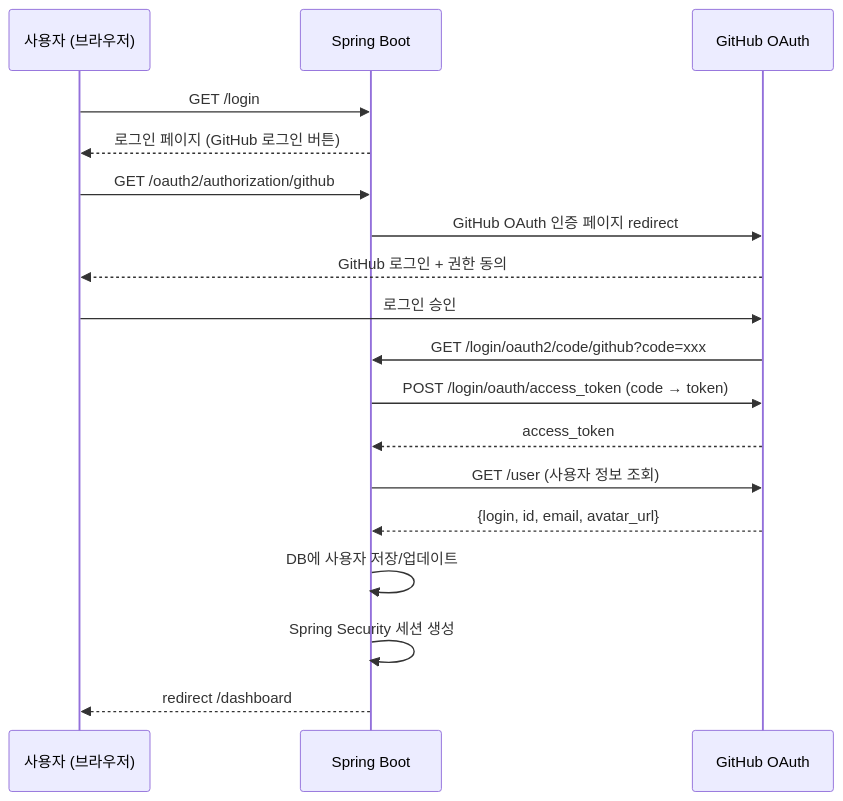
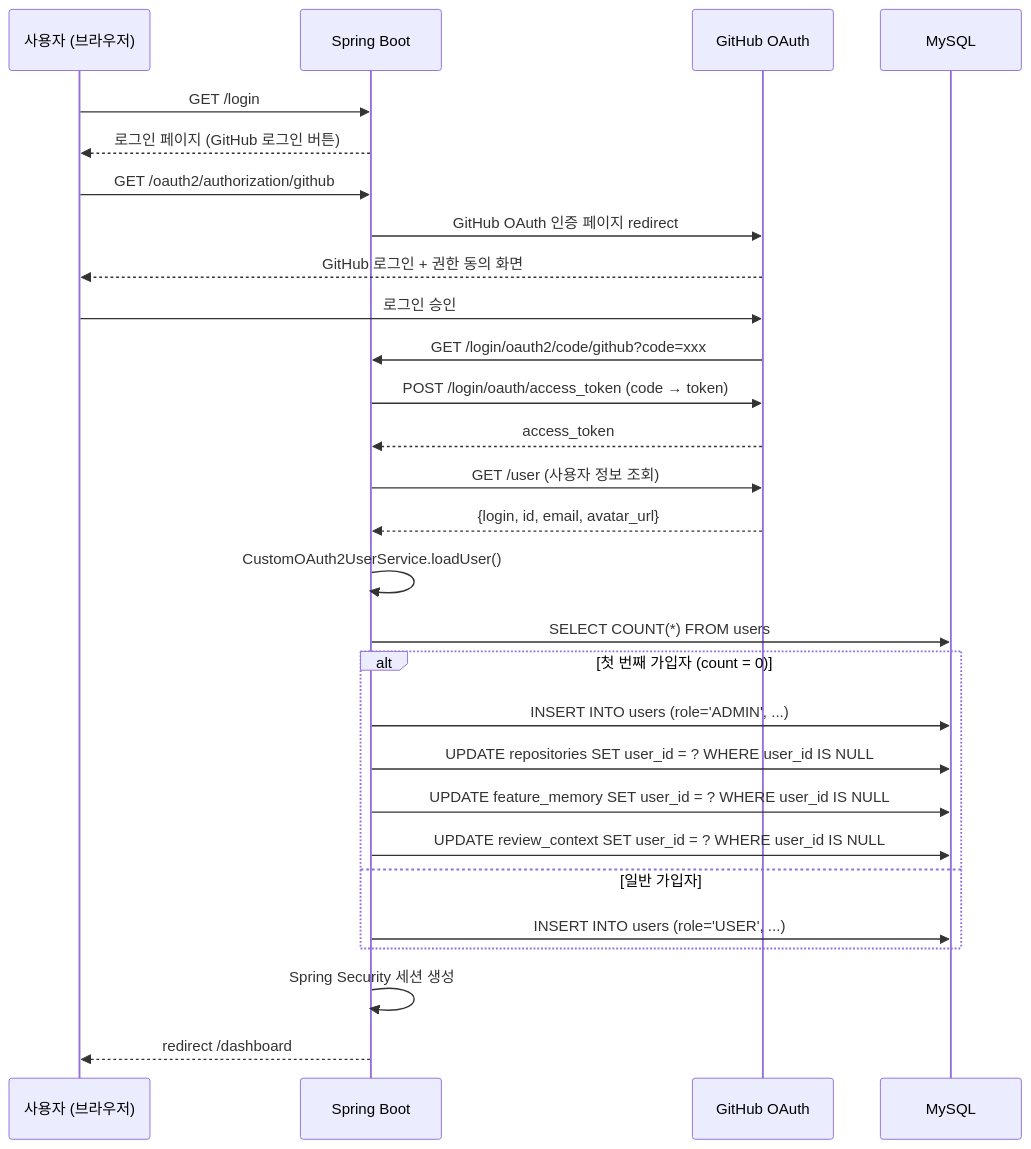
The diagram in .claude/docs/domains/saas/features/user-auth/SPEC.md (greensnapback0229/review-mate), drawn with Mermaid before and after one commit. The commit also changed other lines of this file and 6 other files, not shown here.

````diff
--- a/.claude/docs/domains/saas/features/user-auth/SPEC.md
+++ b/.claude/docs/domains/saas/features/user-auth/SPEC.md
@@ -19,21 +10,31 @@
 ```mermaid
 sequenceDiagram
     participant User as 사용자 (브라우저)
     participant App as Spring Boot
     participant GH as GitHub OAuth
+    participant DB as MySQL
 
     User->>App: GET /login
     App-->>User: 로그인 페이지 (GitHub 로그인 버튼)
     User->>App: GET /oauth2/authorization/github
     App->>GH: GitHub OAuth 인증 페이지 redirect
-    GH-->>User: GitHub 로그인 + 권한 동의
+    GH-->>User: GitHub 로그인 + 권한 동의 화면
     User->>GH: 로그인 승인
     GH->>App: GET /login/oauth2/code/github?code=xxx
     App->>GH: POST /login/oauth/access_token (code → token)
     GH-->>App: access_token
     App->>GH: GET /user (사용자 정보 조회)
     GH-->>App: {login, id, email, avatar_url}
-    App->>App: DB에 사용자 저장/업데이트
+    App->>App: CustomOAuth2UserService.loadUser()
+    App->>DB: SELECT COUNT(*) FROM users
+    alt 첫 번째 가입자 (count = 0)
+        App->>DB: INSERT INTO users (role='ADMIN', ...)
+        App->>DB: UPDATE repositories SET user_id = ? WHERE user_id IS NULL
+        App->>DB: UPDATE feature_memory SET user_id = ? WHERE user_id IS NULL
+        App->>DB: UPDATE review_context SET user_id = ? WHERE user_id IS NULL
+    else 일반 가입자
+        App->>DB: INSERT INTO users (role='USER', ...)
+    end
     App->>App: Spring Security 세션 생성
     App-->>User: redirect /dashboard
 ```
````
